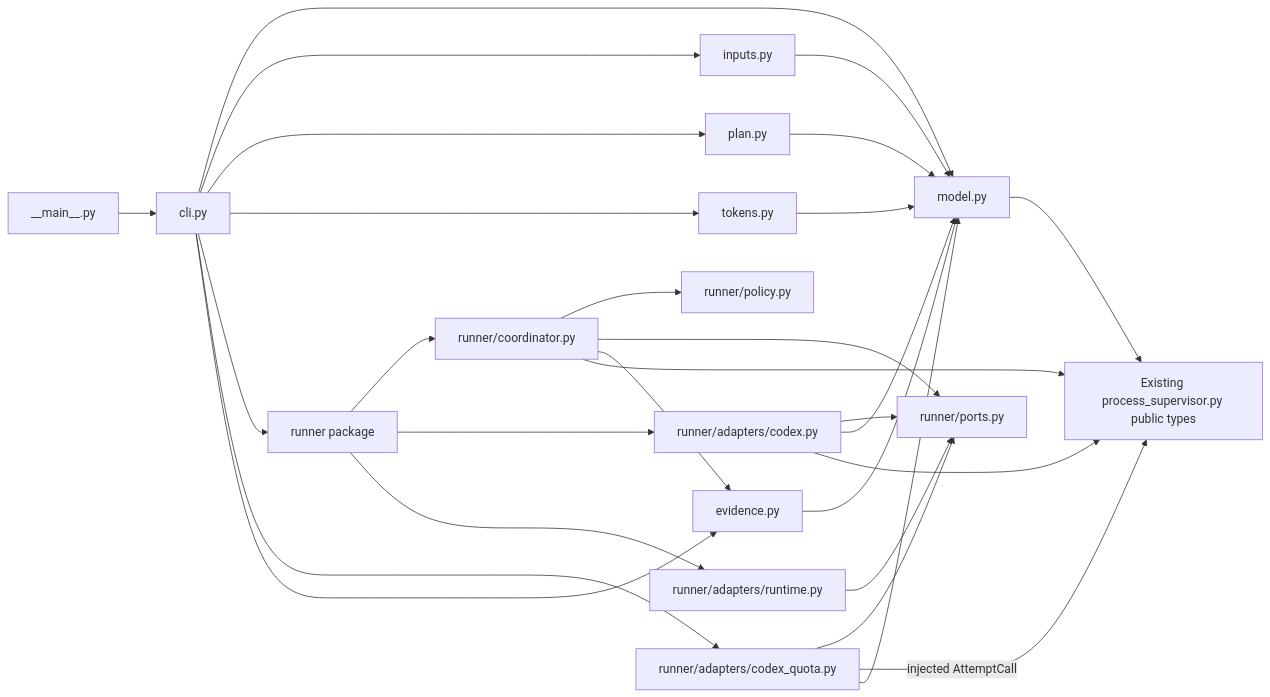
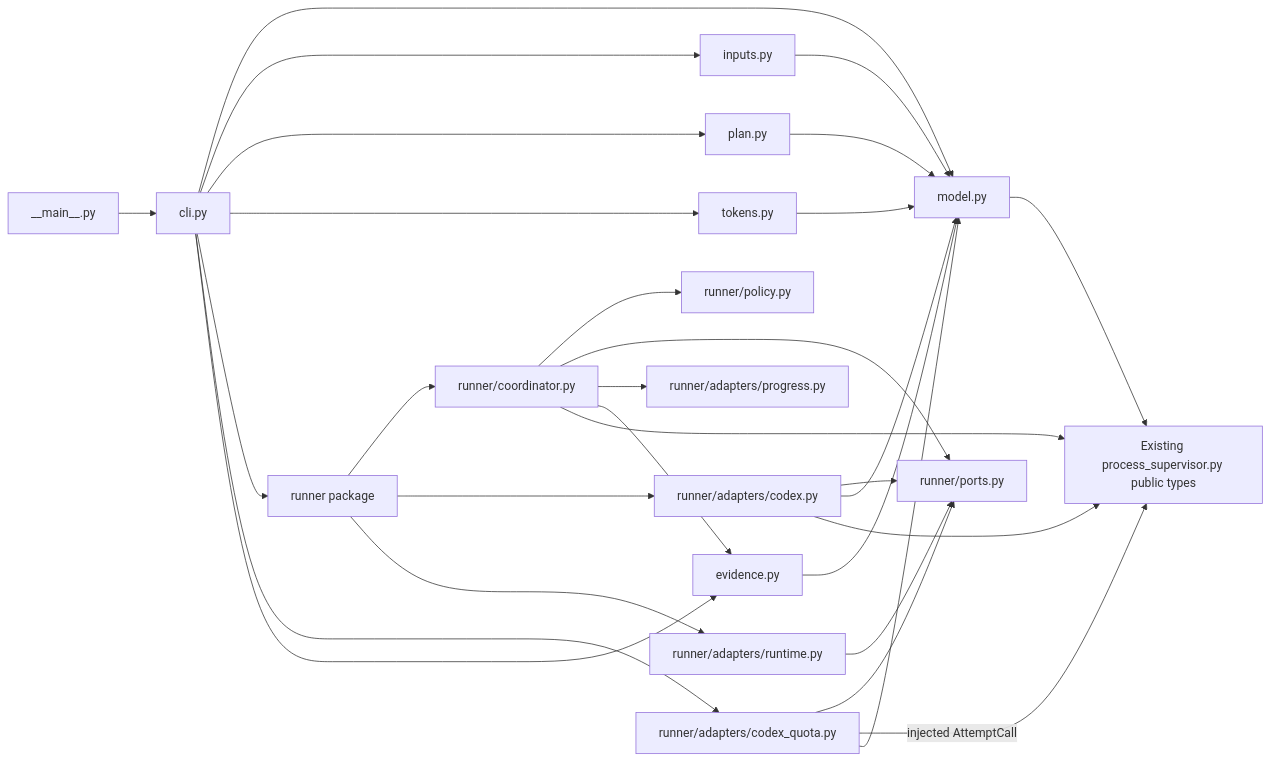
Before and after one commit to msitarz/ataraxia: the second of 2 diagrams in doc/feat/reviewer/engineering/evaluation/evaluation-harness/architecture.md, drawn with Mermaid. The commit also changed other lines of this file and 10 other files, not shown here.

````diff
--- a/doc/feat/reviewer/engineering/evaluation/evaluation-harness/architecture.md
+++ b/doc/feat/reviewer/engineering/evaluation/evaluation-harness/architecture.md
@@ -642,30 +700,31 @@
 ```mermaid
 flowchart LR
     CLI[cli.py] --> MODEL[model.py]
     CLI --> INPUTS[inputs.py]
     CLI --> PLAN[plan.py]
     CLI --> TOKENS[tokens.py]
     CLI --> RUNNER[runner package]
     CLI --> QUOTA[runner/adapters/codex_quota.py]
     CLI --> EVIDENCE[evidence.py]
     RUNNER --> COORD[runner/coordinator.py]
     RUNNER --> CODEX[runner/adapters/codex.py]
     RUNNER --> RUNTIME[runner/adapters/runtime.py]
     COORD --> POLICY[runner/policy.py]
     COORD --> PORTS[runner/ports.py]
+    COORD --> PROGRESS[runner/adapters/progress.py]
     CODEX --> PORTS
     QUOTA --> PORTS
     RUNTIME --> PORTS
     QUOTA -->|injected AttemptCall| SUP[Existing process supervisor]
     CODEX --> MODEL
     QUOTA --> MODEL
     INPUTS --> MODEL
     PLAN --> MODEL
     TOKENS --> MODEL
     COORD --> EVIDENCE
     EVIDENCE --> MODEL
     MODEL --> SUP[Existing process_supervisor.py public types]
     COORD --> SUP
     CODEX --> SUP
     MAIN[__main__.py] --> CLI
 ```
````
